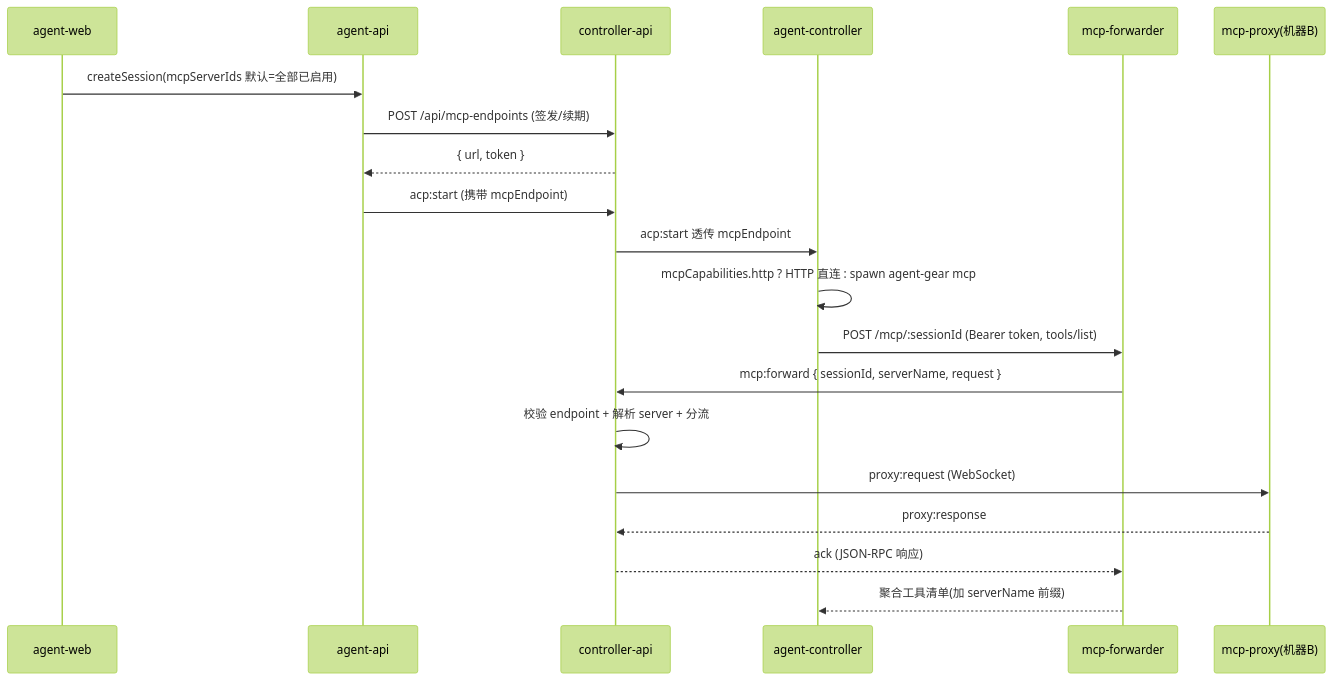
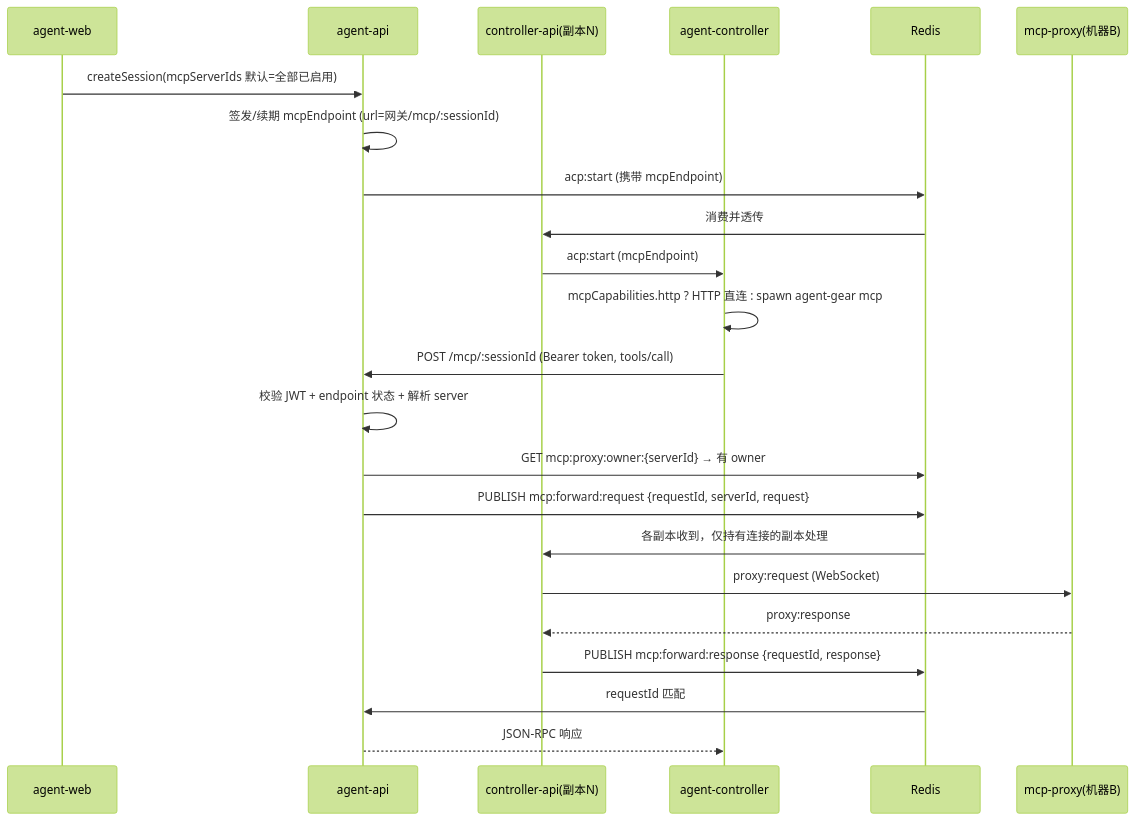
The second of 2 diagrams in docs/engineering/proposals/20260804-feat-integrated-mcp-registry.md (Deliay/z-agent-gear), drawn with Mermaid (forest theme) before and after one commit. The commit also changed other lines of this file, not shown here.

First line of the commit message:
docs(proposal): v2.0 按 review 意见调整 MCP 架构

````diff
--- a/docs/engineering/proposals/20260804-feat-integrated-mcp-registry.md
+++ b/docs/engineering/proposals/20260804-feat-integrated-mcp-registry.md
@@ -163,23 +199,26 @@
 ```mermaid
 sequenceDiagram
     participant W as agent-web
     participant A as agent-api
-    participant C as controller-api
+    participant C as controller-api(副本N)
     participant G as agent-controller
-    participant F as mcp-forwarder
+    participant R as Redis
     participant P as mcp-proxy(机器B)
 
     W->>A: createSession(mcpServerIds 默认=全部已启用)
-    A->>C: POST /api/mcp-endpoints (签发/续期)
-    C-->>A: { url, token }
-    A->>C: acp:start (携带 mcpEndpoint)
-    C->>G: acp:start 透传 mcpEndpoint
+    A->>A: 签发/续期 mcpEndpoint (url=网关/mcp/:sessionId)
+    A->>R: acp:start (携带 mcpEndpoint)
+    R->>C: 消费并透传
+    C->>G: acp:start (mcpEndpoint)
     G->>G: mcpCapabilities.http ? HTTP 直连 : spawn agent-gear mcp
-    G->>F: POST /mcp/:sessionId (Bearer token, tools/list)
-    F->>C: mcp:forward { sessionId, serverName, request }
-    C->>C: 校验 endpoint + 解析 server + 分流
+    G->>A: POST /mcp/:sessionId (Bearer token, tools/call)
+    A->>A: 校验 JWT + endpoint 状态 + 解析 server
+    A->>R: GET mcp:proxy:owner:{serverId} → 有 owner
+    A->>R: PUBLISH mcp:forward:request {requestId, serverId, request}
+    R->>C: 各副本收到，仅持有连接的副本处理
     C->>P: proxy:request (WebSocket)
     P-->>C: proxy:response
-    C-->>F: ack (JSON-RPC 响应)
-    F-->>G: 聚合工具清单(加 serverName 前缀)
+    C->>R: PUBLISH mcp:forward:response {requestId, response}
+    R->>A: requestId 匹配
+    A-->>G: JSON-RPC 响应
 ```
````
